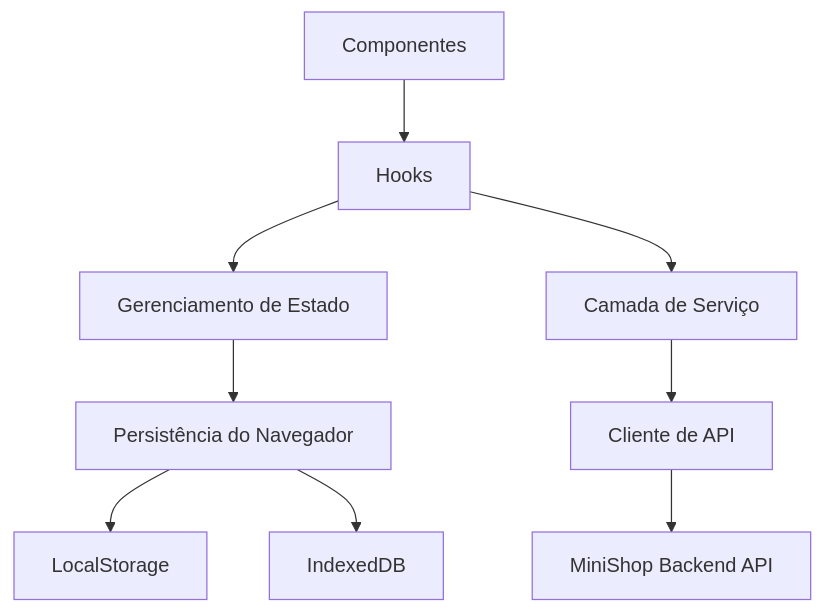
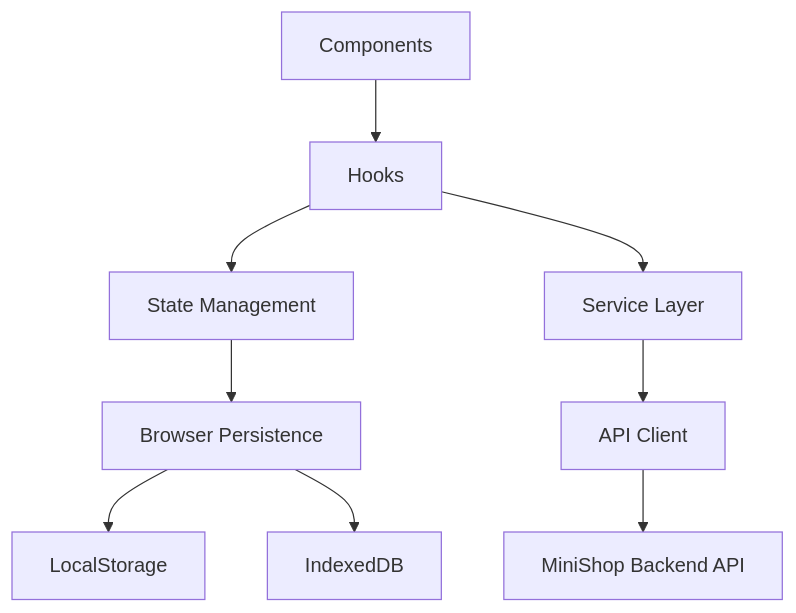
Before and after one commit to Thiago771414/event-driven-order-processing-system: the diagram in event-driven-order-processing-system-main/fullstack-system-design-playbook/docs/frontend-architecture.md, drawn with Mermaid. The commit also changed other lines of this file and 19 other files, not shown here.

````diff
--- a/event-driven-order-processing-system-main/fullstack-system-design-playbook/docs/frontend-architecture.md
+++ b/event-driven-order-processing-system-main/fullstack-system-design-playbook/docs/frontend-architecture.md
@@ -8,11 +8,11 @@
 ```mermaid
 flowchart TD
-  C[Componentes] --> H[Hooks]
-  H --> SM[Gerenciamento de Estado]
-  H --> S[Camada de Serviço]
-  S --> A[Cliente de API]
+  C[Components] --> H[Hooks]
+  H --> SM[State Management]
+  H --> S[Service Layer]
+  S --> A[API Client]
   A --> B[MiniShop Backend API]
-  SM --> P[Persistência do Navegador]
+  SM --> P[Browser Persistence]
   P --> LS[LocalStorage]
   P --> IDB[IndexedDB]
 ```
````
